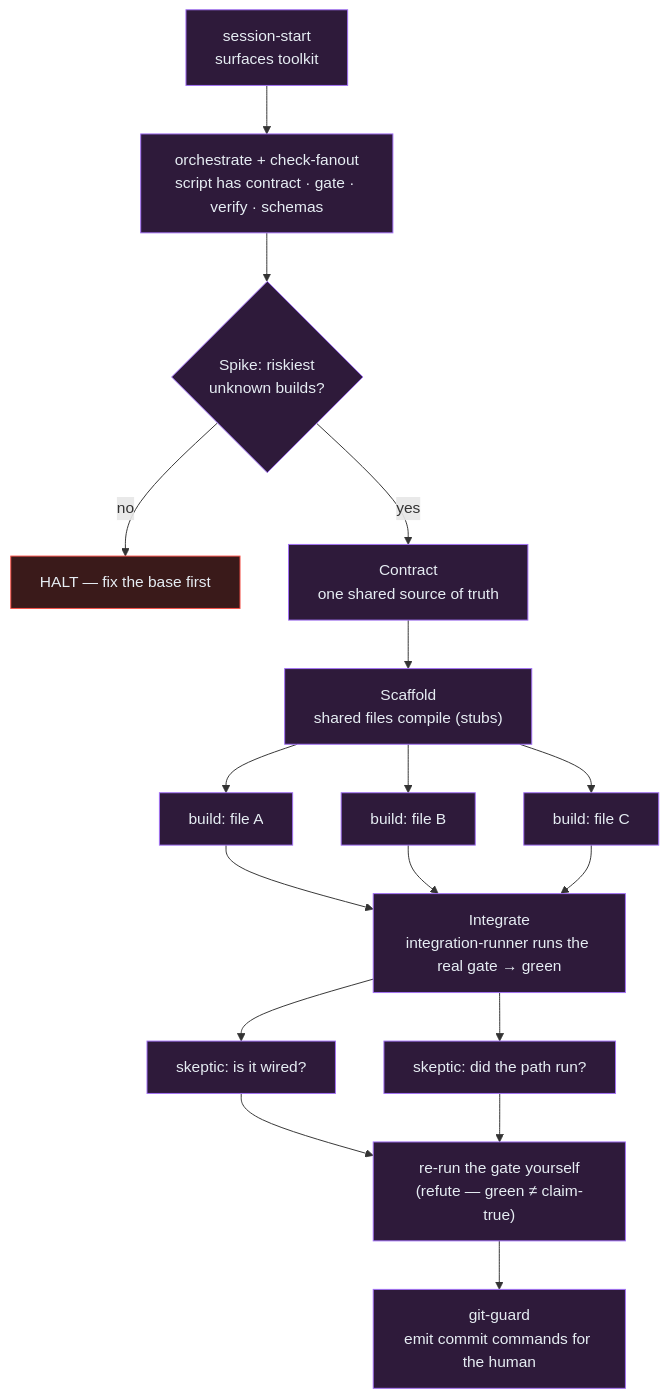
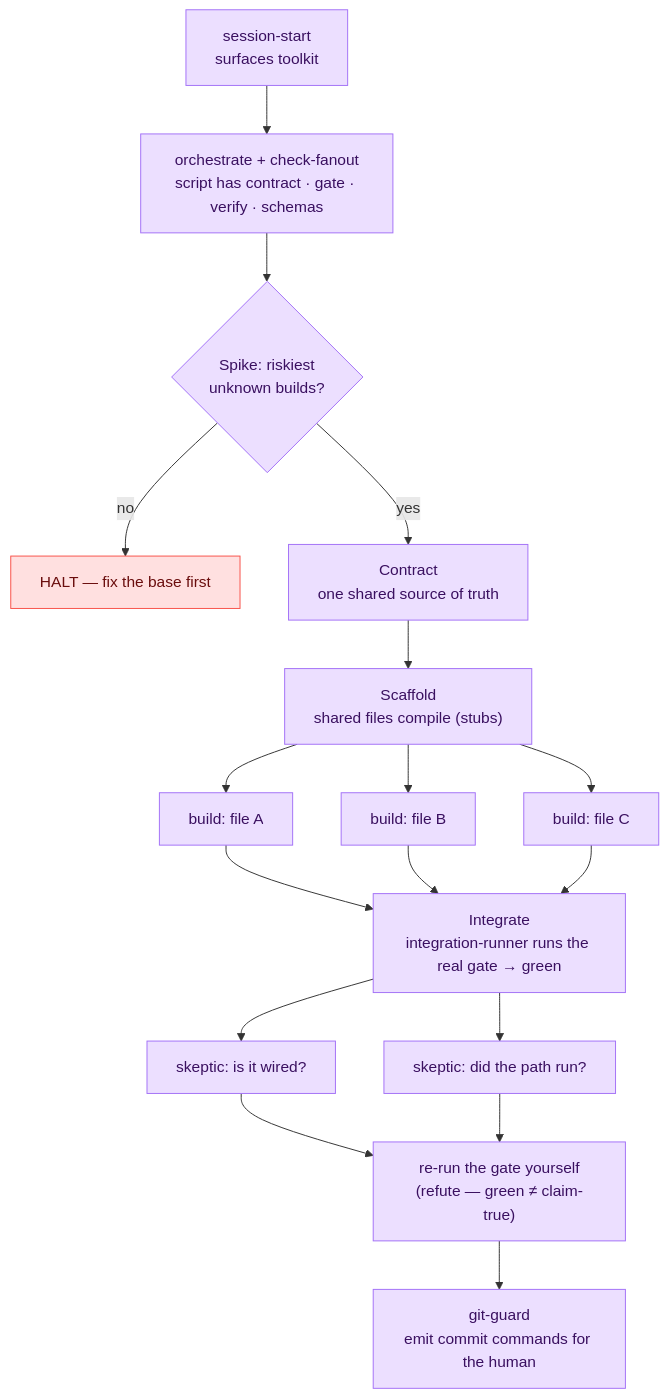
One commit to hossainpazooki/rigor changed the second of 3 diagrams in README.md. Above: the diagram before and after it, drawn with Mermaid. The commit also changed other lines of this file, not shown here.

Commit message:
docs: lighten diagram palette for readability and cross-diagram consistency

````diff
--- a/README.md
+++ b/README.md
@@ -90,24 +90,24 @@
 ```mermaid
 flowchart TD
     S0["session-start<br/>surfaces toolkit"] --> S1["orchestrate + check-fanout<br/>script has contract · gate · verify · schemas"]
     S1 --> SP{"Spike: riskiest<br/>unknown builds?"}
     SP -->|no| H["HALT — fix the base first"]
     SP -->|yes| C["Contract<br/>one shared source of truth"]
     C --> SC["Scaffold<br/>shared files compile (stubs)"]
     SC --> B1["build: file A"]
     SC --> B2["build: file B"]
     SC --> B3["build: file C"]
     B1 --> IG["Integrate<br/>integration-runner runs the real gate → green"]
     B2 --> IG
     B3 --> IG
     IG --> V1["skeptic: is it wired?"]
     IG --> V2["skeptic: did the path run?"]
     V1 --> RV["re-run the gate yourself<br/>(refute — green ≠ claim-true)"]
     V2 --> RV
     RV --> GC["git-guard<br/>emit commit commands for the human"]
 
-    classDef p3 fill:#2e1a3a,stroke:#a371f7,color:#e6edf3;
-    classDef halt fill:#3a1a1a,stroke:#f85149,color:#e6edf3;
+    classDef p3 fill:#ecdfff,stroke:#a371f7,color:#3a1060;
+    classDef halt fill:#ffe0e0,stroke:#f85149,color:#6a0d0d;
     class S0,S1,SP,C,SC,B1,B2,B3,IG,V1,V2,RV,GC p3;
     class H halt;
 ```
````
